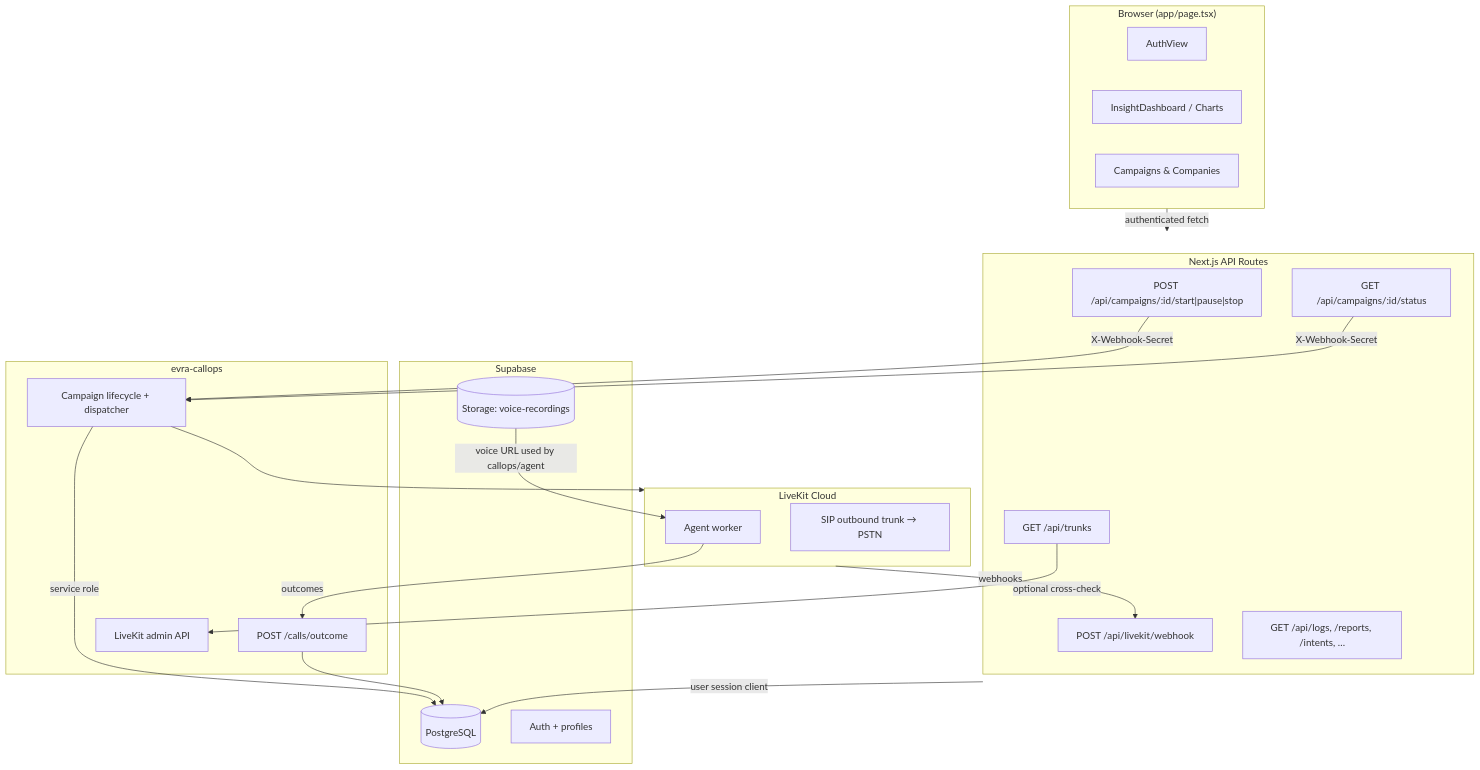
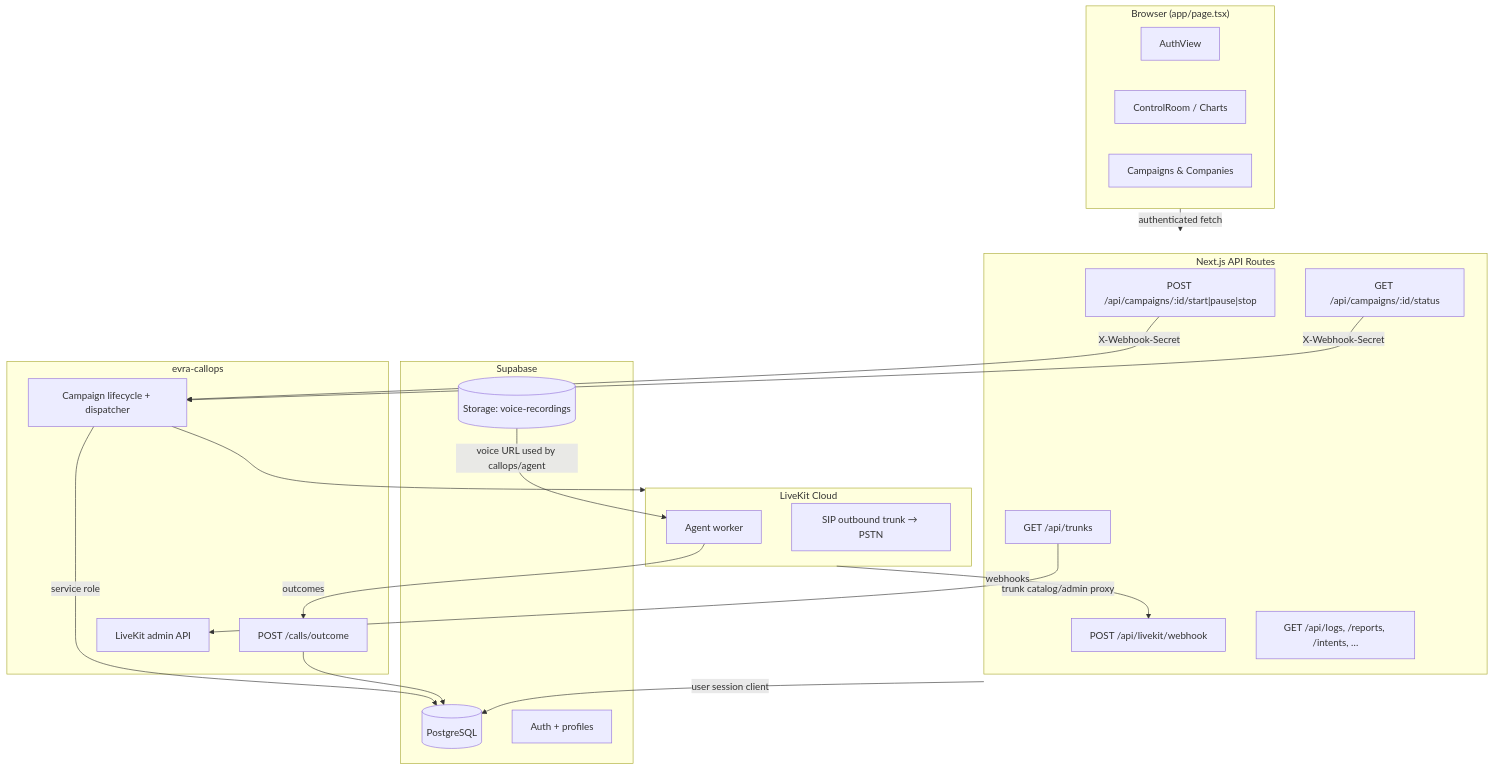
Before and after one commit to GhostAI-Core/agent-avm-interface: the diagram in README.md, drawn with Mermaid. The commit also changed other lines of this file and 4 other files, not shown here.

Commit message:
docs: align callops and control room references

````diff
--- a/README.md
+++ b/README.md
@@ -18,45 +18,45 @@
 ```mermaid
 flowchart TB
   subgraph UI["Browser (app/page.tsx)"]
     Auth[AuthView]
-    Dash[InsightDashboard / Charts]
+    Dash[ControlRoom / Charts]
     Camp[Campaigns & Companies]
   end
 
   subgraph API["Next.js API Routes"]
     Life["POST /api/campaigns/:id/start|pause|stop"]
     Stat["GET /api/campaigns/:id/status"]
     WH["POST /api/livekit/webhook"]
     Trunks["GET /api/trunks"]
     Read["GET /api/logs, /reports, /intents, …"]
   end
 
   subgraph SB["Supabase"]
     DB[(PostgreSQL)]
     Store[(Storage: voice-recordings)]
     AuthN[Auth + profiles]
   end
 
   subgraph CO["evra-callops"]
     Orchestrator[Campaign lifecycle + dispatcher]
     Outcome["POST /calls/outcome"]
     LKAdmin["LiveKit admin API"]
   end
 
   subgraph LK["LiveKit Cloud"]
     Agent[Agent worker]
     SIP[SIP outbound trunk → PSTN]
   end
 
   UI -->|authenticated fetch| API
   API -->|user session client| DB
   Life -->|X-Webhook-Secret| Orchestrator
   Stat -->|X-Webhook-Secret| Orchestrator
-  Trunks -->|optional cross-check| LKAdmin
+  Trunks -->|trunk catalog/admin proxy| LKAdmin
   Orchestrator -->|service role| DB
   Orchestrator --> LK
   LK -->|webhooks| WH
   Agent -->|outcomes| Outcome
   Outcome --> DB
   Store -->|voice URL used by callops/agent| Agent
 ```
````
